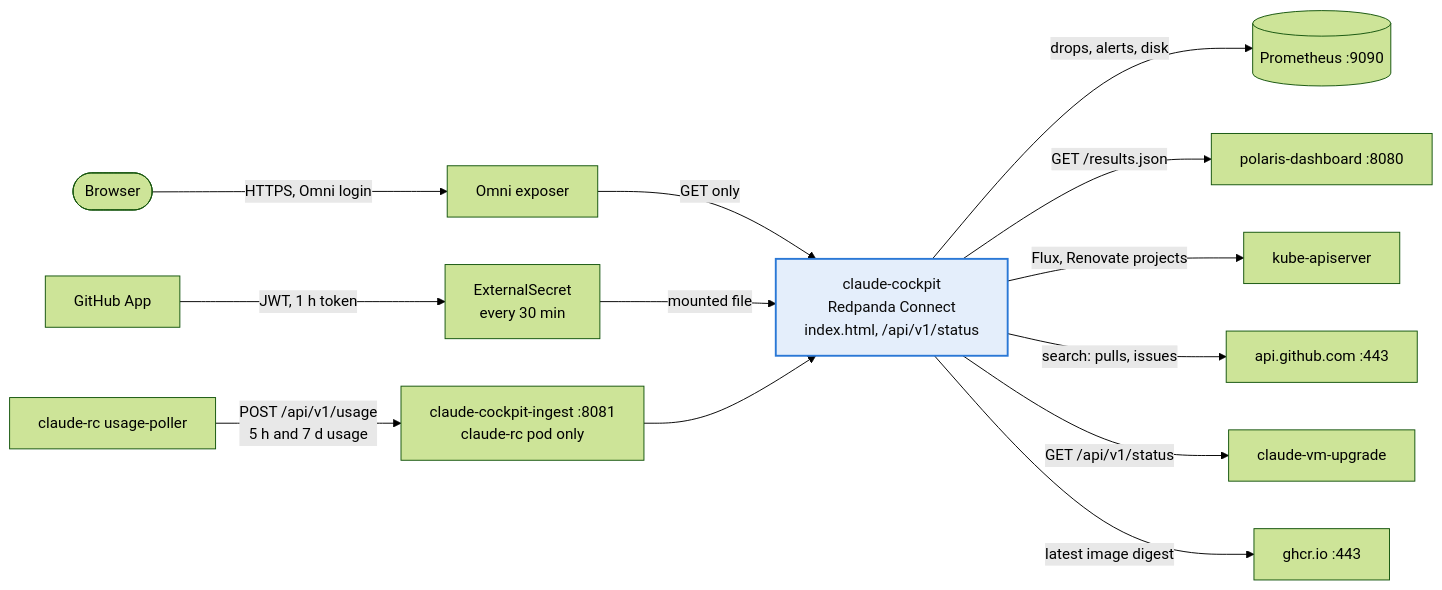
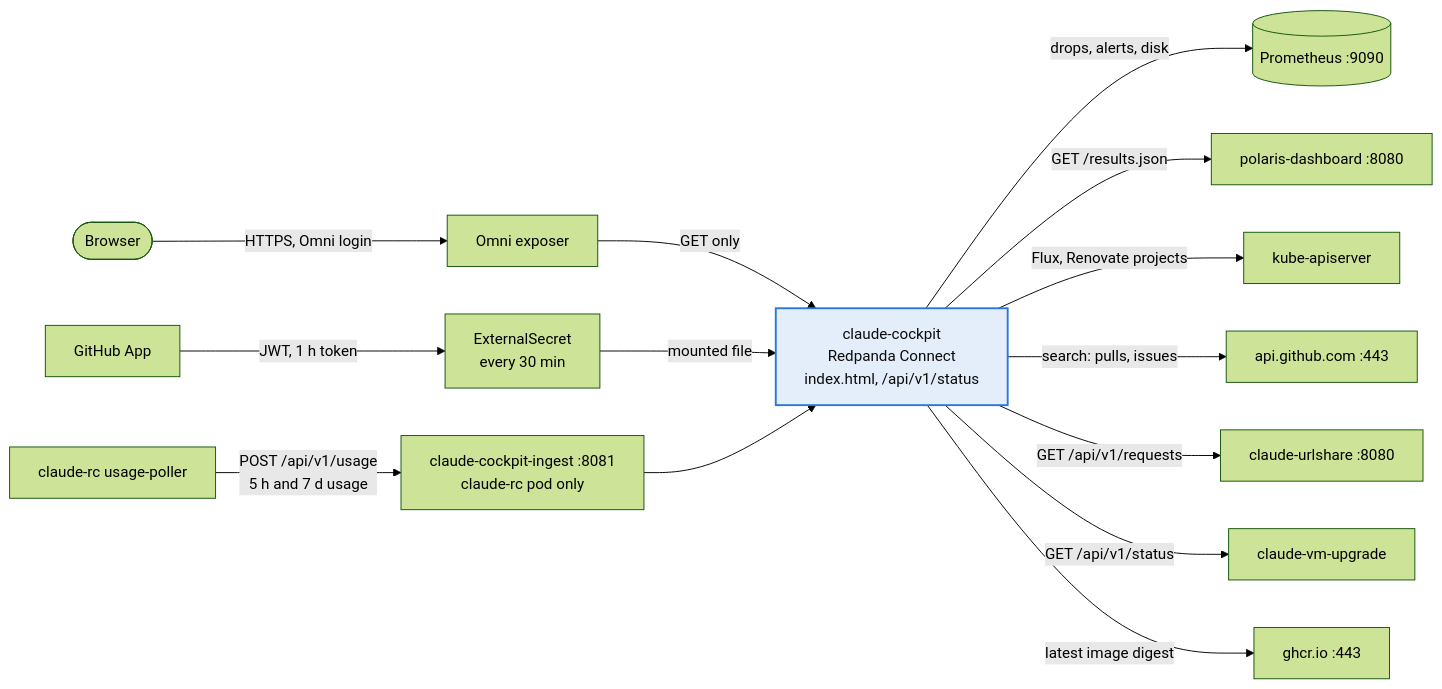
One commit to cthtrifork/talos-gitops changed the third of 3 diagrams in k8s/apps/claude-system/README.md. Above: the diagram before and after it, drawn with Mermaid (forest theme). The commit also changed other lines of this file and 3 other files, not shown here.

````diff
--- a/k8s/apps/claude-system/README.md
+++ b/k8s/apps/claude-system/README.md
@@ -363,21 +363,22 @@
 ```mermaid
 flowchart LR
   you([Browser]) -->|HTTPS, Omni login| omni[Omni exposer]
   omni -->|GET only| cockpit["claude-cockpit<br/>Redpanda Connect<br/>index.html, /api/v1/status"]
 
   cockpit -->|"drops, alerts, disk"| prom[(Prometheus :9090)]
   cockpit -->|"GET /results.json"| polaris[polaris-dashboard :8080]
   cockpit -->|"Flux, Renovate projects"| api[kube-apiserver]
   cockpit -->|"search: pulls, issues"| gh[api.github.com :443]
 
   app[GitHub App] -->|"JWT, 1 h token"| es[ExternalSecret<br/>every 30 min]
   es -->|"mounted file"| cockpit
 
+  cockpit -->|"GET /api/v1/requests"| urlshare[claude-urlshare :8080]
   cockpit -->|"GET /api/v1/status"| vmup[claude-vm-upgrade]
   cockpit -->|"latest image digest"| ghcr[ghcr.io :443]
   poller["claude-rc usage-poller"] -->|"POST /api/v1/usage<br/>5 h and 7 d usage"| ingest["claude-cockpit-ingest :8081<br/>claude-rc pod only"]
   ingest --> cockpit
 
   classDef new fill:#e4eefb,stroke:#2a78d6,stroke-width:2px,color:#0b0b0b
   class cockpit new
 ```
````
